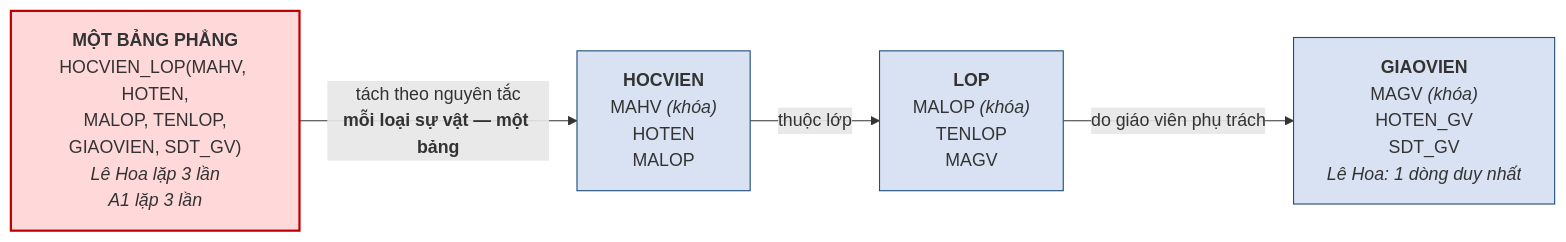
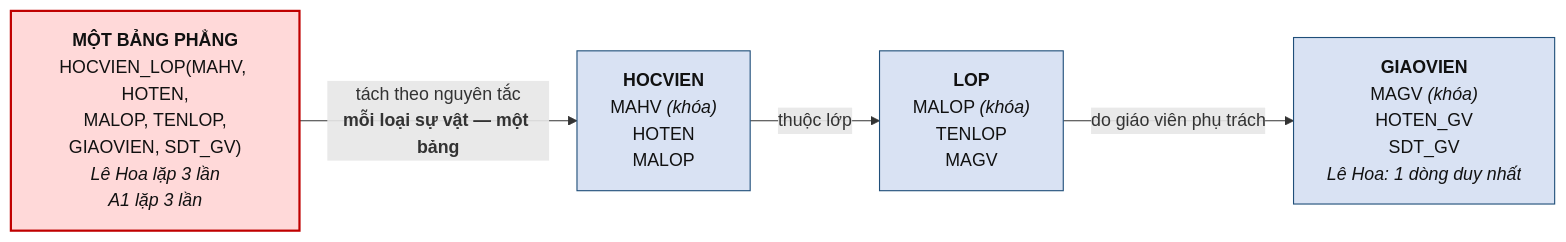
Before and after one commit to CuongNguyenDAU/csdl-dbs201: the diagram in docs/chuong-1/1-7-vi-du-tong-hop-trung-tam-anh-ngu-abc.md, drawn with Mermaid. The commit also changed 123 other files, not shown here.

Commit message:
Cập nhật bài giảng v7: sơ đồ ER ký pháp Chen, hình minh họa tự vẽ, mở rộng toàn diện Chương 5 và bổ sung lời giải A4, B5

````diff
--- a/docs/chuong-1/1-7-vi-du-tong-hop-trung-tam-anh-ngu-abc.md
+++ b/docs/chuong-1/1-7-vi-du-tong-hop-trung-tam-anh-ngu-abc.md
@@ -25,14 +25,14 @@
 ```mermaid
 flowchart LR
     OLD["<b>MỘT BẢNG PHẲNG</b><br/>HOCVIEN_LOP(MAHV, HOTEN,<br/>MALOP, TENLOP,<br/>GIAOVIEN, SDT_GV)<br/><i>Lê Hoa lặp 3 lần<br/>A1 lặp 3 lần</i>"]
     OLD -->|"tách theo nguyên tắc<br/><b>mỗi loại sự vật — một bảng</b>"| HV
     HV["<b>HOCVIEN</b><br/>MAHV <i>(khóa)</i><br/>HOTEN<br/>MALOP"]
     LOP["<b>LOP</b><br/>MALOP <i>(khóa)</i><br/>TENLOP<br/>MAGV"]
     GV["<b>GIAOVIEN</b><br/>MAGV <i>(khóa)</i><br/>HOTEN_GV<br/>SDT_GV<br/><i>Lê Hoa: 1 dòng duy nhất</i>"]
     HV -->|"thuộc lớp"| LOP
     LOP -->|"do giáo viên phụ trách"| GV
-    style OLD fill:#FFD9D9,stroke:#C00000,stroke-width:2px
-    style HV fill:#D9E2F3,stroke:#1F4E79
-    style LOP fill:#D9E2F3,stroke:#1F4E79
-    style GV fill:#D9E2F3,stroke:#1F4E79
+    style OLD fill:#FFD9D9,stroke:#C00000,stroke-width:2px,color:#111111
+    style HV fill:#D9E2F3,stroke:#1F4E79,color:#111111
+    style LOP fill:#D9E2F3,stroke:#1F4E79,color:#111111
+    style GV fill:#D9E2F3,stroke:#1F4E79,color:#111111
 ```
````
